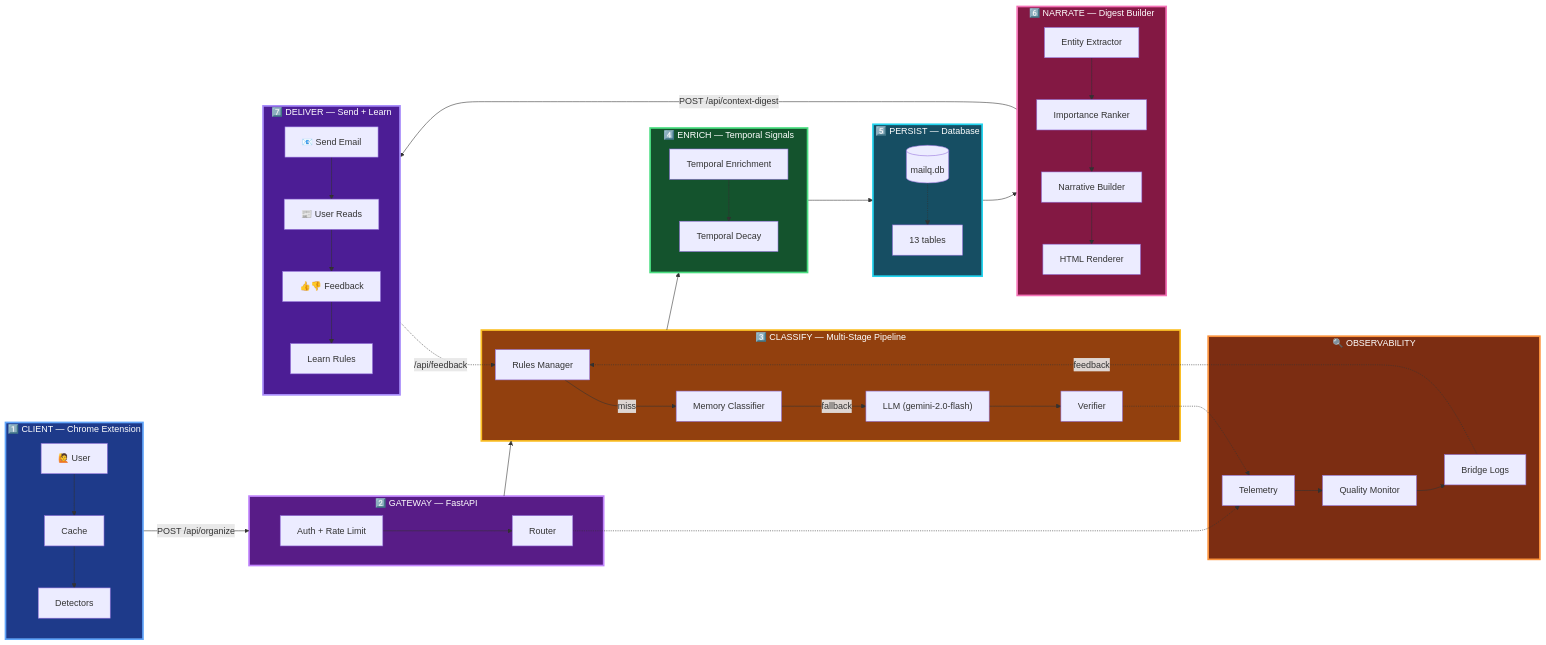
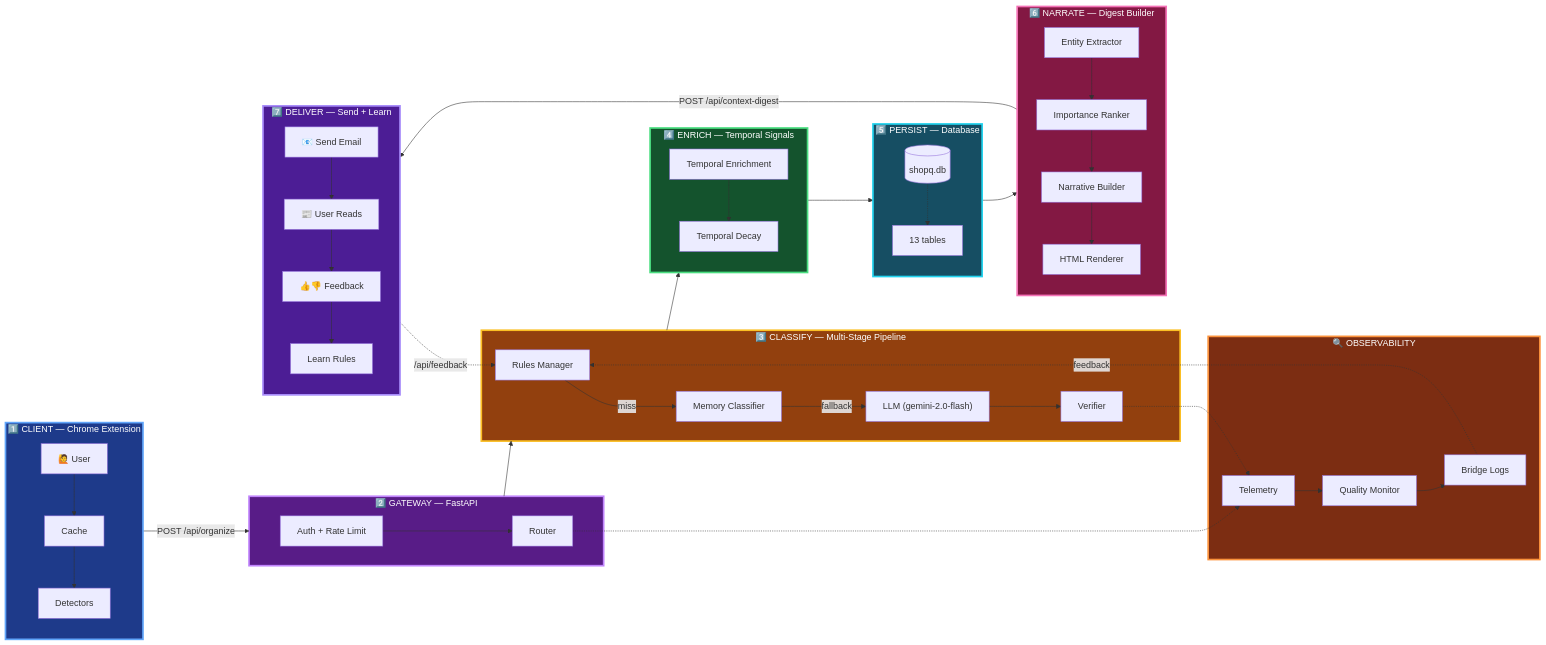
The diagram in code-graph/visuals/SYSTEM_STORYBOARD.md (jkoufopoulos/shopq-prototype), drawn with Mermaid before and after one commit. The commit also changed other lines of this file and 616 other files, not shown here.

```diff
--- a/code-graph/visuals/SYSTEM_STORYBOARD.md
+++ b/code-graph/visuals/SYSTEM_STORYBOARD.md
@@ -47,7 +47,7 @@
 
     %% Database
     subgraph persist[" 5️⃣ PERSIST — Database "]
-        d1[("mailq.db")]
+        d1[("shopq.db")]
         d2["13 tables"]
         d1 -.-> d2
     end
```
